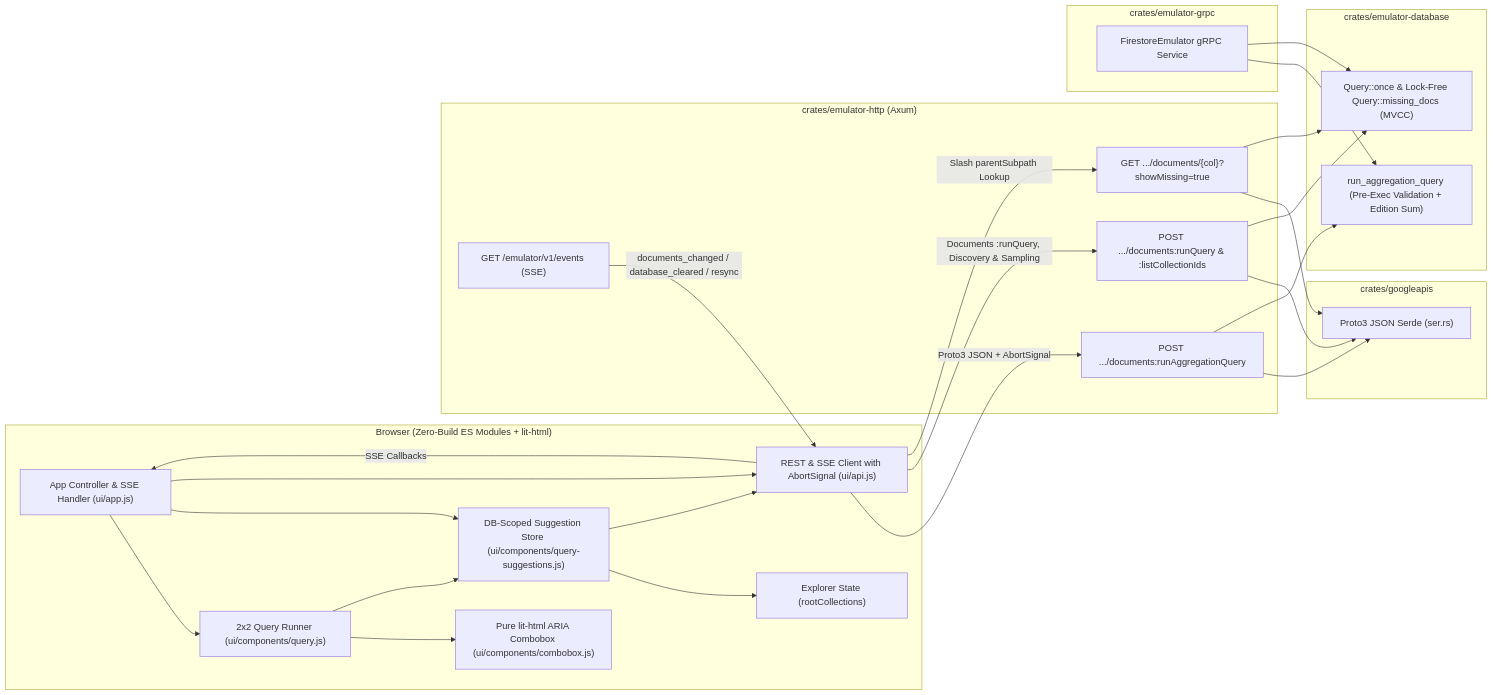
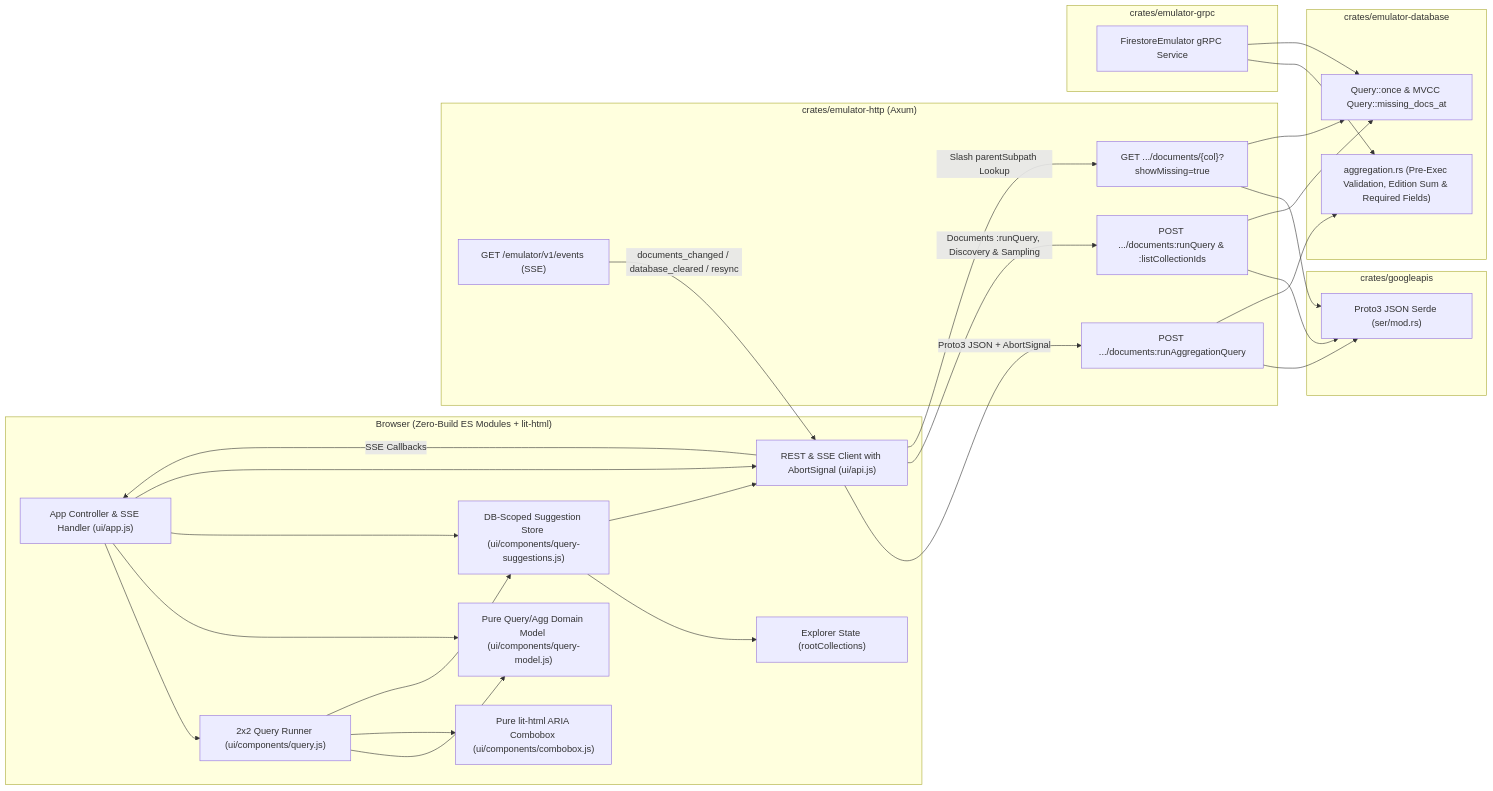
Before and after one commit to skunkteam/rust-firestore-emulator: the diagram in docs/designs/query-runner-autosuggestions-and-aggregations.md, drawn with Mermaid. The commit also changed other lines of this file and 1 other file, not shown here.

Commit message:
docs: mark Query Runner design implemented and align READMEs

````diff
--- a/docs/designs/query-runner-autosuggestions-and-aggregations.md
+++ b/docs/designs/query-runner-autosuggestions-and-aggregations.md
@@ -152,54 +153,57 @@
 ```mermaid
 flowchart LR
     subgraph Browser["Browser (Zero-Build ES Modules + lit-html)"]
         App["App Controller & SSE Handler (ui/app.js)"]
         Query["2x2 Query Runner (ui/components/query.js)"]
+        QModel["Pure Query/Agg Domain Model (ui/components/query-model.js)"]
         QSugg["DB-Scoped Suggestion Store (ui/components/query-suggestions.js)"]
         Combo["Pure lit-html ARIA Combobox (ui/components/combobox.js)"]
         Api["REST & SSE Client with AbortSignal (ui/api.js)"]
         Explorer["Explorer State (rootCollections)"]
 
         App --> Query
+        App --> QModel
         App --> QSugg
+        Query --> QModel
         Query --> Combo
         Query --> QSugg
         QSugg --> Explorer
         QSugg --> Api
         App --> Api
         Api -- "SSE Callbacks" --> App
     end
 
     subgraph HTTP["crates/emulator-http (Axum)"]
         RestAgg["POST .../documents:runAggregationQuery"]
         RestQuery["POST .../documents:runQuery & :listCollectionIds"]
         RestList["GET .../documents/{col}?showMissing=true"]
         Sse["GET /emulator/v1/events (SSE)"]
     end
 
     subgraph Proto["crates/googleapis"]
-        Codec["Proto3 JSON Serde (ser.rs)"]
+        Codec["Proto3 JSON Serde (ser/mod.rs)"]
     end
 
     subgraph DB["crates/emulator-database"]
-        AggExec["run_aggregation_query (Pre-Exec Validation + Edition Sum)"]
-        QueryExec["Query::once & Lock-Free Query::missing_docs (MVCC)"]
+        AggExec["aggregation.rs (Pre-Exec Validation, Edition Sum & Required Fields)"]
+        QueryExec["Query::once & MVCC Query::missing_docs_at"]
     end
 
     subgraph GRPC["crates/emulator-grpc"]
         GrpcSvc["FirestoreEmulator gRPC Service"]
     end
 
     Api -- "Proto3 JSON + AbortSignal" --> RestAgg
     Api -- "Documents :runQuery, Discovery & Sampling" --> RestQuery
     Api -- "Slash parentSubpath Lookup" --> RestList
     Sse -- "documents_changed / database_cleared / resync" --> Api
 
     RestAgg --> Codec
     RestQuery --> Codec
     RestList --> Codec
     RestAgg --> AggExec
     RestQuery --> QueryExec
     RestList --> QueryExec
     GrpcSvc --> AggExec
     GrpcSvc --> QueryExec
 ```
````
